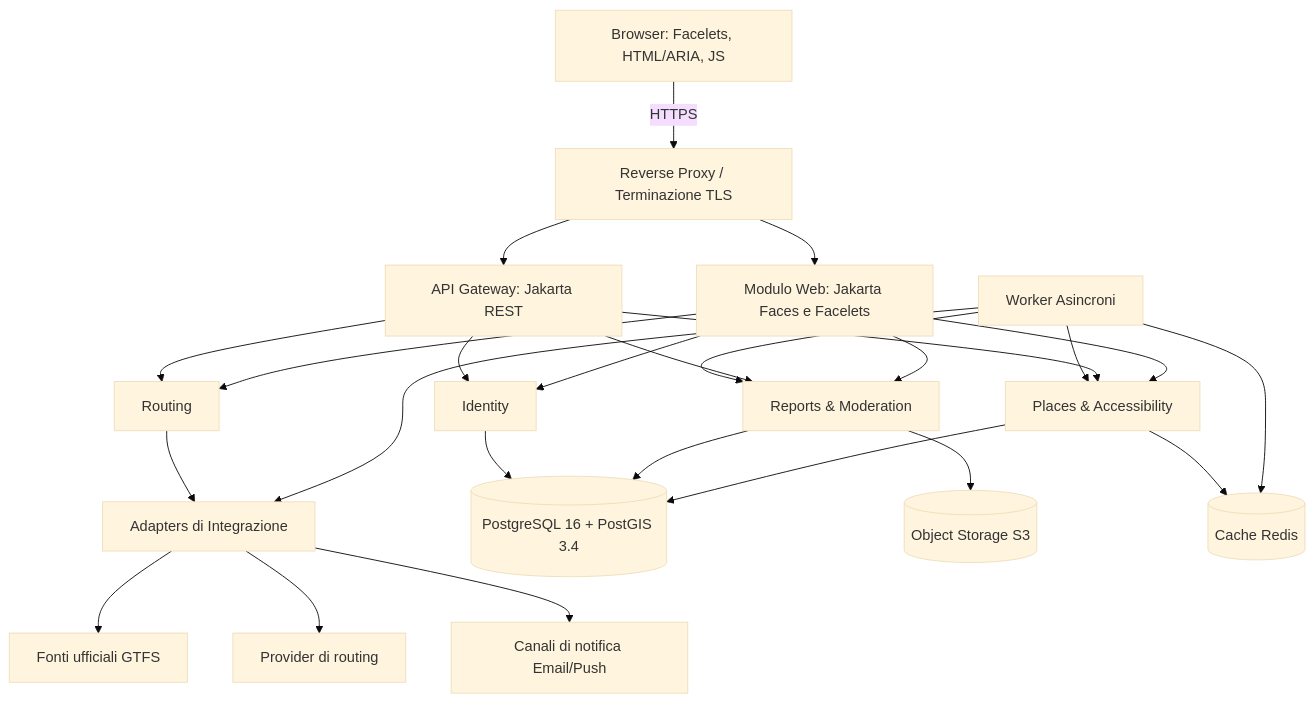
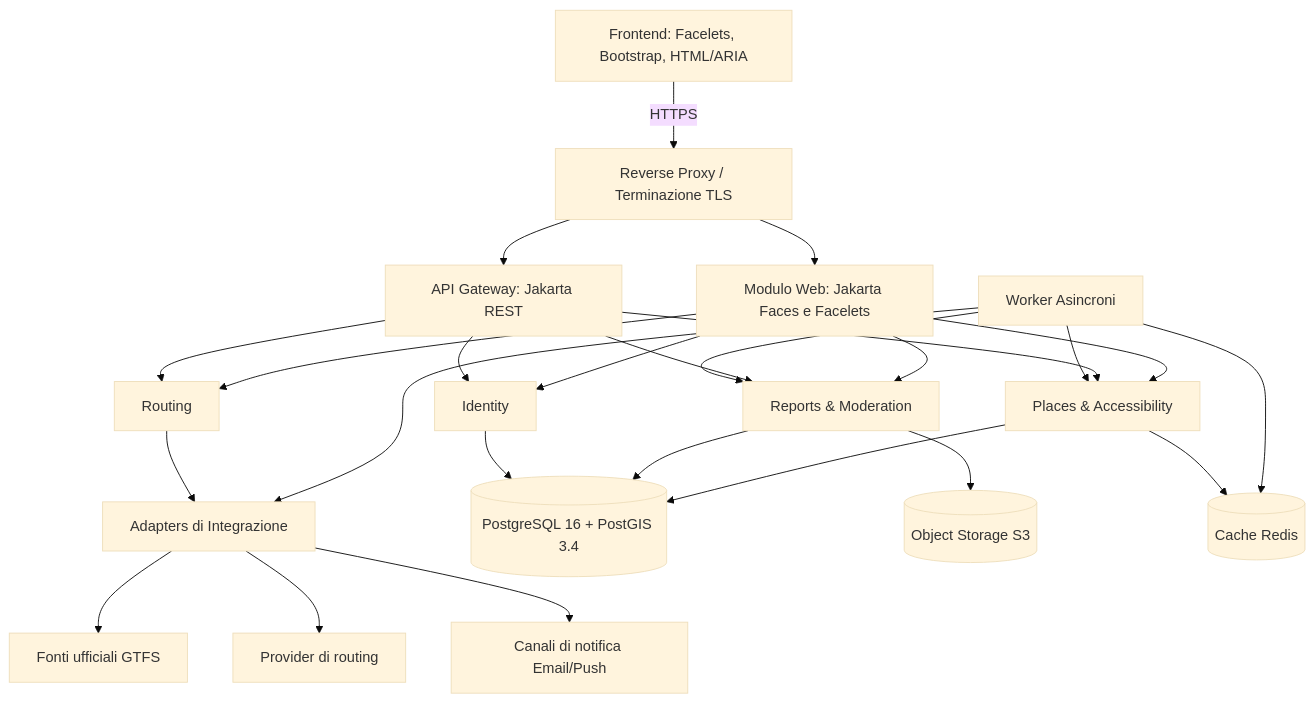
The first of 5 diagrams in docs/SDD.md (kairosci/aegis), drawn with Mermaid (base theme) before and after one commit. The commit also changed other lines of this file and 170 other files, not shown here.

````diff
--- a/docs/SDD.md
+++ b/docs/SDD.md
@@ -120,46 +125,46 @@
 ```mermaid
 flowchart TB
   accTitle: Diagramma dei moduli di AEGIS
-  accDescr: Il browser raggiunge viste Facelets e API REST tramite ingress. I moduli Places, Routing, Reports e Identity usano database, storage e cache. Worker e adattatori di integrazione collegano fonti GTFS, provider di routing e canali di notifica.
-  Browser[Browser: Facelets, HTML/ARIA, JS]
+  accDescr: Diagramma del sistema target. Il browser raggiunge viste Facelets e API REST tramite ingress. Places, Routing, Reports e Identity usano database, storage e cache. Worker e adattatori di integrazione collegano fonti GTFS, provider di routing e canali di notifica, non attivi nel prototipo.
+  Browser[Frontend: Facelets, Bootstrap, HTML/ARIA]
   Ingress[Reverse Proxy / Terminazione TLS]
   Faces[Modulo Web: Jakarta Faces e Facelets]
   Rest[API Gateway: Jakarta REST]
   Places[Places & Accessibility]
   Routing[Routing]
   Reports[Reports & Moderation]
   Identity[Identity]
   Worker[Worker Asincroni]
   Integrations[Adapters di Integrazione]
   Database[(PostgreSQL 16 + PostGIS 3.4)]
   Storage[(Object Storage S3)]
   Cache[(Cache Redis)]
   Transit[Fonti ufficiali GTFS]
   RouteProvider[Provider di routing]
   Notify[Canali di notifica Email/Push]
 
   Browser -->|HTTPS| Ingress
   Ingress --> Faces
   Ingress --> Rest
   Faces --> Places
   Faces --> Routing
   Faces --> Reports
   Faces --> Identity
   Rest --> Places
   Rest --> Routing
   Rest --> Reports
   Rest --> Identity
   Worker --> Places
   Worker --> Reports
   Worker --> Integrations
   Worker --> Cache
   Places --> Database
   Places --> Cache
   Reports --> Database
   Reports --> Storage
   Identity --> Database
   Routing --> Integrations
   Integrations --> Transit
   Integrations --> RouteProvider
   Integrations --> Notify
 ```
````
